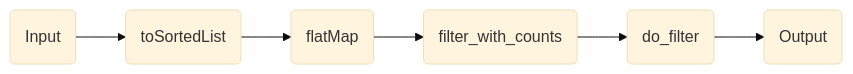
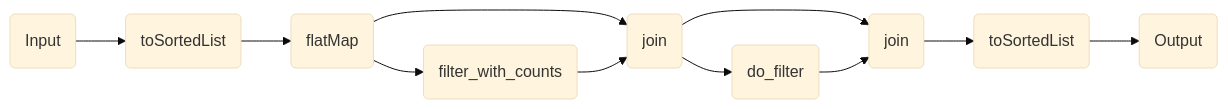
Before and after one commit to openpipelines-bio/website: the diagram in components/workflows/multiomics/prot_singlesample.qmd, drawn with Mermaid (base theme). The commit also changed other lines of this file and 92 other files, not shown here.

````diff
--- a/components/workflows/multiomics/prot_singlesample.qmd
+++ b/components/workflows/multiomics/prot_singlesample.qmd
@@ -117,16 +117,24 @@
 ```{mermaid}
 %%| column: screen-inset-shaded
 flowchart LR
     p0(Input)
     p3(toSortedList)
     p5(flatMap)
-    p13(filter_with_counts)
-    p23(do_filter)
+    p12(filter_with_counts)
+    p14(join)
+    p22(do_filter)
+    p24(join)
+    p30(toSortedList)
     p32(Output)
     p0-->p3
     p3-->p5
-    p5-->p13
-    p13-->p23
-    p23-->p32
+    p5-->p14
+    p5-->p12
+    p12-->p14
+    p14-->p24
+    p14-->p22
+    p22-->p24
+    p24-->p30
+    p30-->p32
 
 ```
````
